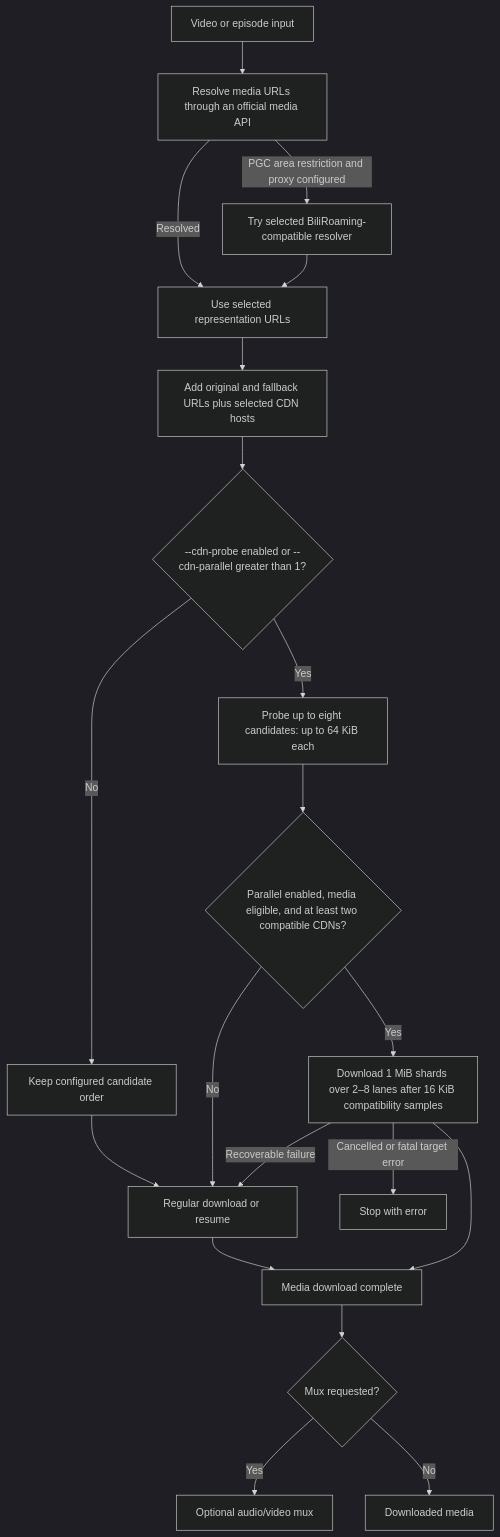
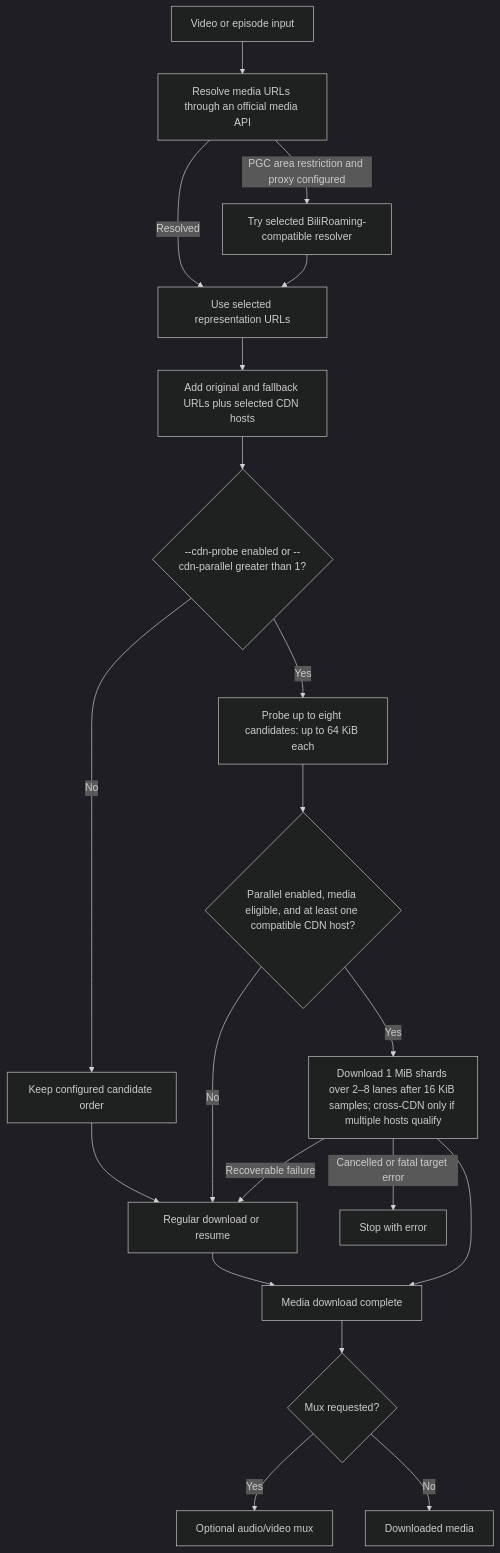
The diagram in docs/user-guide.md (Joey-Project/BBDown-rust), drawn with Mermaid (dark theme) before and after one commit. The commit also changed other lines of this file and 25 other files, not shown here.

````diff
--- a/docs/user-guide.md
+++ b/docs/user-guide.md
@@ -469,22 +481,22 @@
 ```mermaid
 flowchart TD
     A[Video or episode input] --> B[Resolve media URLs through an official media API]
     B -->|PGC area restriction and proxy configured| C[Try selected BiliRoaming-compatible resolver]
     B -->|Resolved| D[Use selected representation URLs]
     C --> D
     D --> E[Add original and fallback URLs plus selected CDN hosts]
     E --> F{--cdn-probe enabled or --cdn-parallel greater than 1?}
     F -->|Yes| G[Probe up to eight candidates: up to 64 KiB each]
     F -->|No| H[Keep configured candidate order]
-    G --> I{Parallel enabled, media eligible, and at least two compatible CDNs?}
+    G --> I{Parallel enabled, media eligible, and at least one compatible CDN host?}
     H --> J[Regular download or resume]
-    I -->|Yes| K[Download 1 MiB shards over 2–8 lanes after 16 KiB compatibility samples]
+    I -->|Yes| K[Download 1 MiB shards over 2–8 lanes after 16 KiB samples; cross-CDN only if multiple hosts qualify]
     I -->|No| J
     K -->|Recoverable failure| J
     K -->|Cancelled or fatal target error| X[Stop with error]
     J --> L[Media download complete]
     K --> L
     L --> M{Mux requested?}
     M -->|Yes| N[Optional audio/video mux]
     M -->|No| O[Downloaded media]
 ```
````
